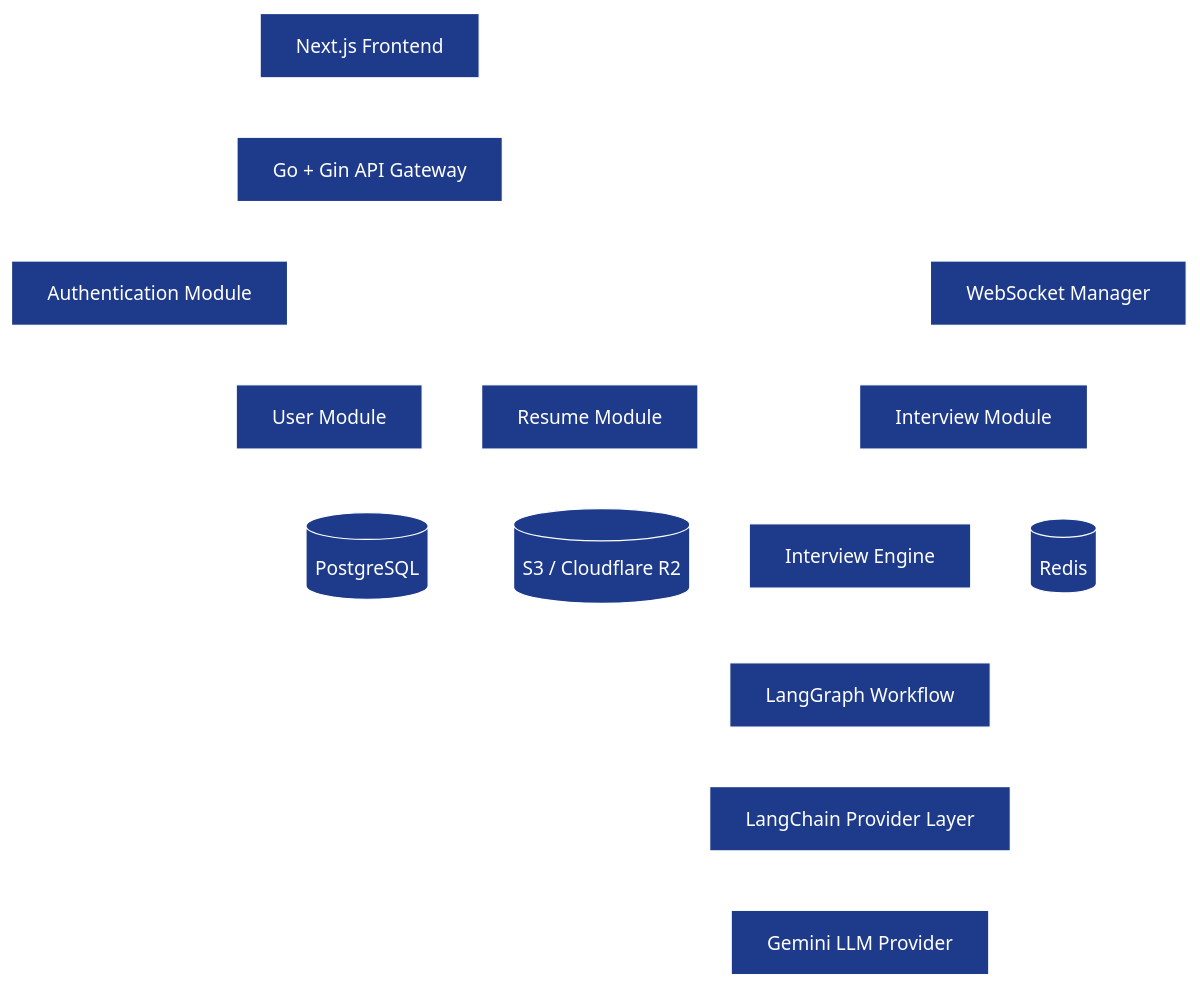
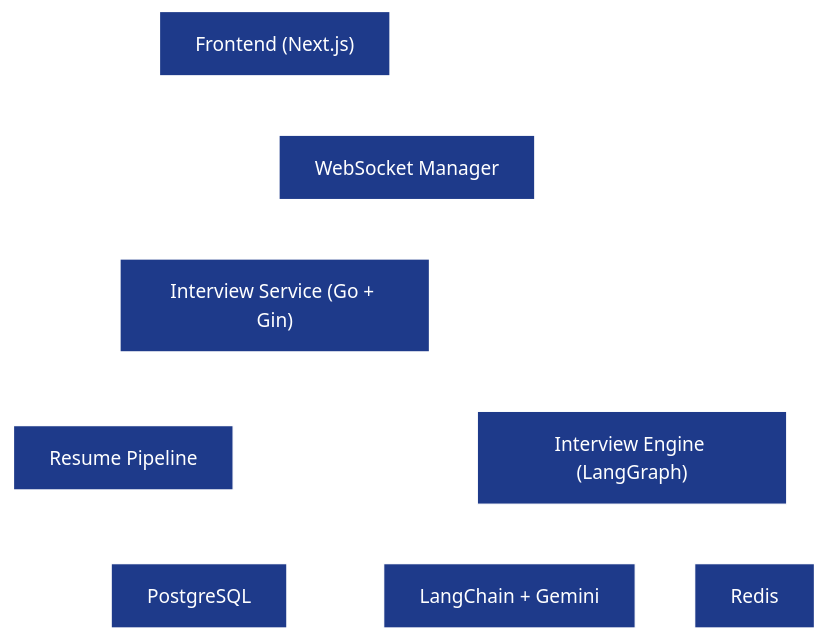
The first of 4 diagrams in docs/tech-spec/02_architecture.md (Veeru123456778/ai-interview-service), drawn with Mermaid before and after one commit. The commit also changed other lines of this file, not shown here.

Commit message:
fixes the architecture of the agent

````diff
--- a/docs/tech-spec/02_architecture.md
+++ b/docs/tech-spec/02_architecture.md
@@ -40,61 +33,50 @@
 ```mermaid
-%%{init: {
+%%{init:{
   "theme":"base",
   "themeVariables":{
     "background":"#0F172A",
     "primaryColor":"#1E3A8A",
     "primaryTextColor":"#FFFFFF",
     "primaryBorderColor":"#FFFFFF",
-    "lineColor":"#FFFFFF",
     "secondaryColor":"#2563EB",
     "secondaryTextColor":"#FFFFFF",
     "tertiaryColor":"#1E293B",
+    "lineColor":"#FFFFFF",
     "fontFamily":"Inter",
     "edgeLabelBackground":"#0F172A"
   }
 }}%%
 
 flowchart TD
 
-    FE["Next.js Frontend"]
+    USER["Frontend (Next.js)"]
 
-    API["Go + Gin API Gateway"]
-
-    AUTH["Authentication Module"]
-    USER["User Module"]
-    RESUME["Resume Module"]
-    INTERVIEW["Interview Module"]
     WS["WebSocket Manager"]
 
-    ENGINE["Interview Engine"]
-    LANGGRAPH["LangGraph Workflow"]
-    LANGCHAIN["LangChain Provider Layer"]
-    GEMINI["Gemini LLM Provider"]
+    API["Interview Service (Go + Gin)"]
 
-    PG[("PostgreSQL")]
-    REDIS[("Redis")]
-    STORAGE[("S3 / Cloudflare R2")]
+    RESUME["Resume Pipeline"]
 
-    FE --> API
+    ENGINE["Interview Engine (LangGraph)"]
 
-    API --> AUTH
-    API --> USER
+    LLM["LangChain + Gemini"]
+
+    PG["PostgreSQL"]
+
+    REDIS["Redis"]
+
+    USER --> API
+    USER --> WS
+
+    WS --> API
+
     API --> RESUME
-    API --> INTERVIEW
-    API --> WS
+    API --> ENGINE
 
-    WS --> INTERVIEW
-
-    INTERVIEW --> ENGINE
-    ENGINE --> LANGGRAPH
-    LANGGRAPH --> LANGCHAIN
-    LANGCHAIN --> GEMINI
-
-    INTERVIEW --> PG
-    INTERVIEW --> REDIS
+    ENGINE --> LLM
 
     RESUME --> PG
-    RESUME --> STORAGE
+    API --> PG
 
-    USER --> PG
+    ENGINE --> REDIS
 ```
````
